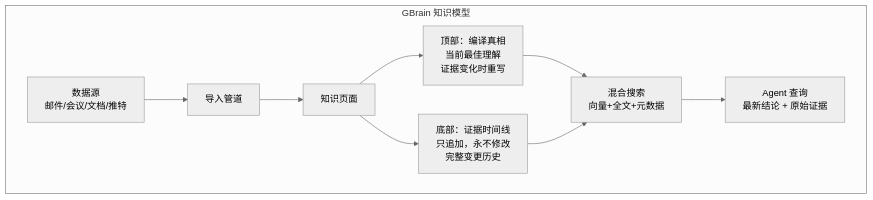
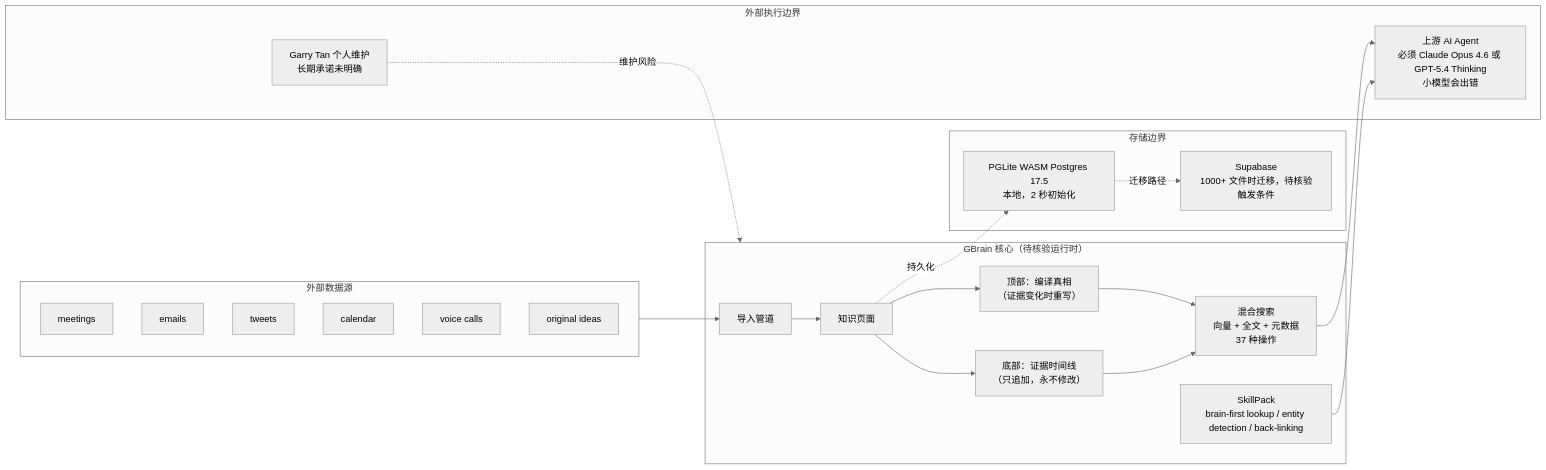
Before and after one commit to aiutil/github-researcher: the diagram in projects/gbrain.md, drawn with Mermaid (neutral theme). The commit also changed other lines of this file and 939 other files, not shown here.

Commit message:
feat: add architect briefs and Mermaid project maps

````diff
--- a/projects/gbrain.md
+++ b/projects/gbrain.md
@@ -48,12 +61,41 @@
 ```mermaid
-graph TB
-    subgraph "GBrain 知识模型"
-        A[数据源<br>邮件/会议/文档/推特] --> B[导入管道]
-        B --> C[知识页面]
-        C --> D["顶部：编译真相<br>当前最佳理解<br>证据变化时重写"]
-        C --> E["底部：证据时间线<br>只追加，永不修改<br>完整变更历史"]
-        D --> F[混合搜索<br>向量+全文+元数据]
-        E --> F
-        F --> G[Agent 查询<br>最新结论 + 原始证据]
-    end
+flowchart LR
+  subgraph SRC["外部数据源"]
+    S1[meetings]
+    S2[emails]
+    S3[tweets]
+    S4[calendar]
+    S5[voice calls]
+    S6[original ideas]
+  end
+
+  subgraph GB["GBrain 核心（待核验运行时）"]
+    P[导入管道]
+    KP[知识页面]
+    CT["顶部：编译真相<br>（证据变化时重写）"]
+    ET["底部：证据时间线<br>（只追加，永不修改）"]
+    HS["混合搜索<br>向量 + 全文 + 元数据<br>37 种操作"]
+    SP[SkillPack<br>brain-first lookup / entity detection / back-linking]
+  end
+
+  subgraph ST["存储边界"]
+    PG[PGLite WASM Postgres 17.5<br>本地，2 秒初始化]
+    SB[Supabase<br>1000+ 文件时迁移，待核验触发条件]
+  end
+
+  subgraph EXT["外部执行边界"]
+    AG[上游 AI Agent<br>必须 Claude Opus 4.6 或 GPT-5.4 Thinking<br>小模型会出错]
+    USR[Garry Tan 个人维护<br>长期承诺未明确]
+  end
+
+  SRC --> P --> KP
+  KP --> CT
+  KP --> ET
+  CT --> HS
+  ET --> HS
+  HS --> AG
+  SP --> AG
+  KP -.持久化.-> PG
+  PG -.迁移路径.-> SB
+  USR -.维护风险.-> GB
 ```
````
